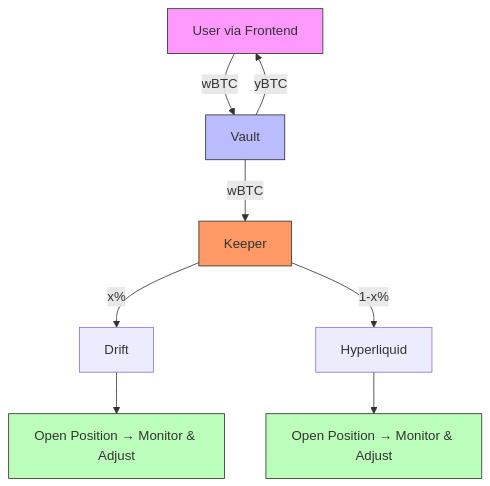
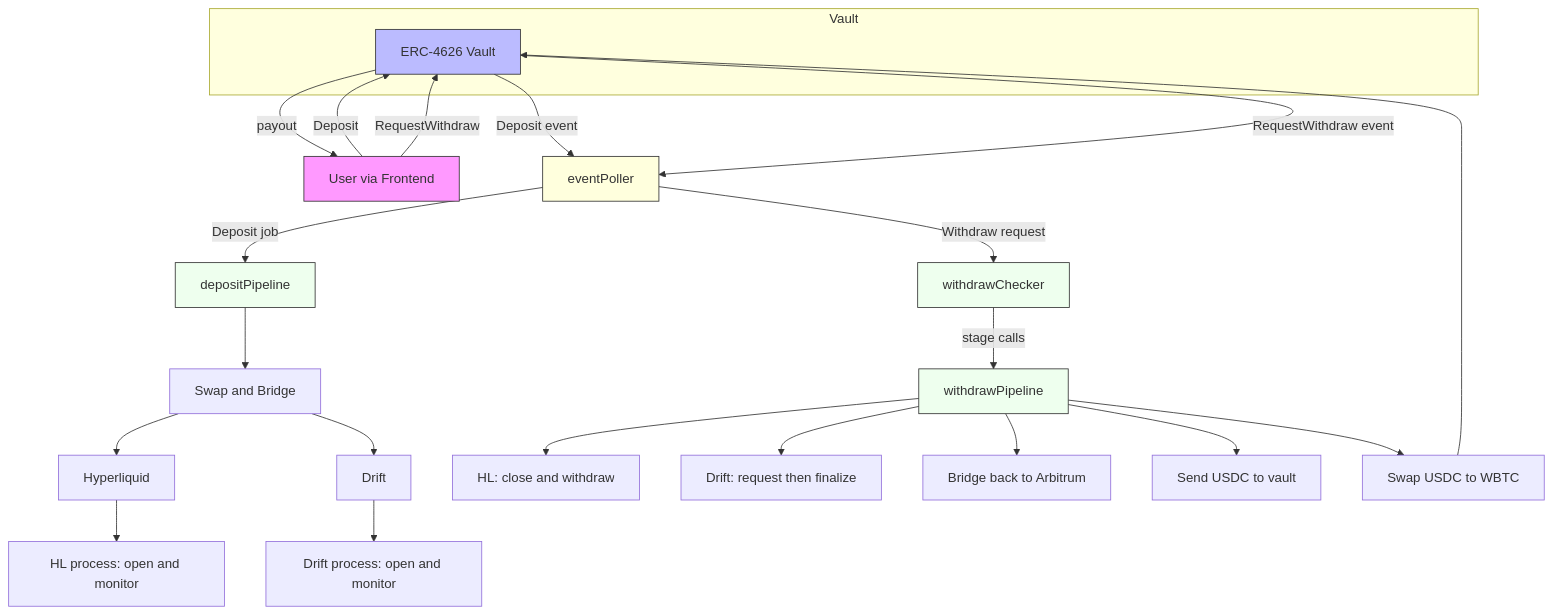
The diagram in backend/keeper/readme.MD (hwdeboer1977/algostrats), drawn with Mermaid before and after one commit. The commit also changed other lines of this file, not shown here.

````diff
--- a/backend/keeper/readme.MD
+++ b/backend/keeper/readme.MD
@@ -10,19 +10,43 @@
 ```mermaid
 flowchart TD
-    User[User via Frontend] -->|wBTC| Vault
-    Vault -->|yBTC| User
-    Vault -->|wBTC| Keeper
+  subgraph Vault
+    V[ERC-4626 Vault]
+  end
 
-    Keeper -->|x%| Drift[Drift]
-    Keeper -->|1-x%| HL[Hyperliquid]
+  %% --- User actions ---
+  U[User via Frontend] -->|Deposit| V
+  U -->|RequestWithdraw| V
 
-    Drift --> DriftProcess[Open Position → Monitor & Adjust]
-    HL --> HLProcess[Open Position → Monitor & Adjust]
+  %% --- One poller listens to BOTH events ---
+  V -->|Deposit event| EP[eventPoller]
+  V -->|RequestWithdraw event| EP
 
-    style User fill:#f9f,stroke:#333,stroke-width:1px
-    style Vault fill:#bbf,stroke:#333,stroke-width:1px
-    style Keeper fill:#f96,stroke:#333,stroke-width:1px
-    style DriftProcess fill:#bfb,stroke:#333,stroke-width:1px
-    style HLProcess fill:#bfb,stroke:#333,stroke-width:1px
+  %% --- eventPoller routes work ---
+  EP -->|Deposit job| DPipe[depositPipeline]
+  EP -->|Withdraw request| WC[withdrawChecker]
 
+  %% --- Deposit pipeline fan-out ---
+  DPipe --> SB[Swap and Bridge]
+  SB --> H[Hyperliquid]
+  SB --> D[Drift]
+  H --> HP[HL process: open and monitor]
+  D --> DP[Drift process: open and monitor]
+
+  %% --- Withdrawal path (checker → pipeline) ---
+  WC -->|stage calls| WP[withdrawPipeline]
+  WP --> HLW[HL: close and withdraw]
+  WP --> DRW[Drift: request then finalize]
+  WP --> BR[Bridge back to Arbitrum]
+  WP --> VAULT_SEND[Send USDC to vault]
+  WP --> SWAP2[Swap USDC to WBTC]
+  SWAP2 --> V
+  V -->|payout| U
+
+  %% --- Styling ---
+  style U fill:#f9f,stroke:#333,stroke-width:1px
+  style V fill:#bbf,stroke:#333,stroke-width:1px
+  style EP fill:#ffd,stroke:#333,stroke-width:1px
+  style DPipe fill:#efe,stroke:#333,stroke-width:1px
+  style WC fill:#efe,stroke:#333,stroke-width:1px
+  style WP fill:#efe,stroke:#333,stroke-width:1px
 ```
````
